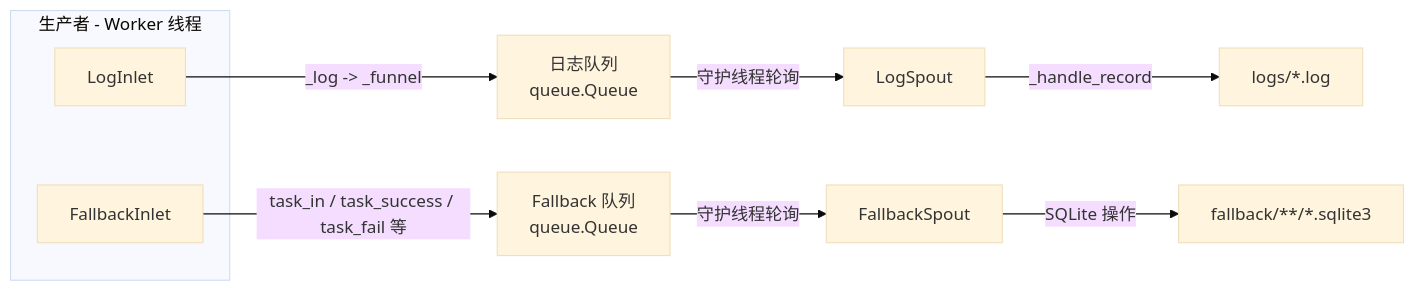
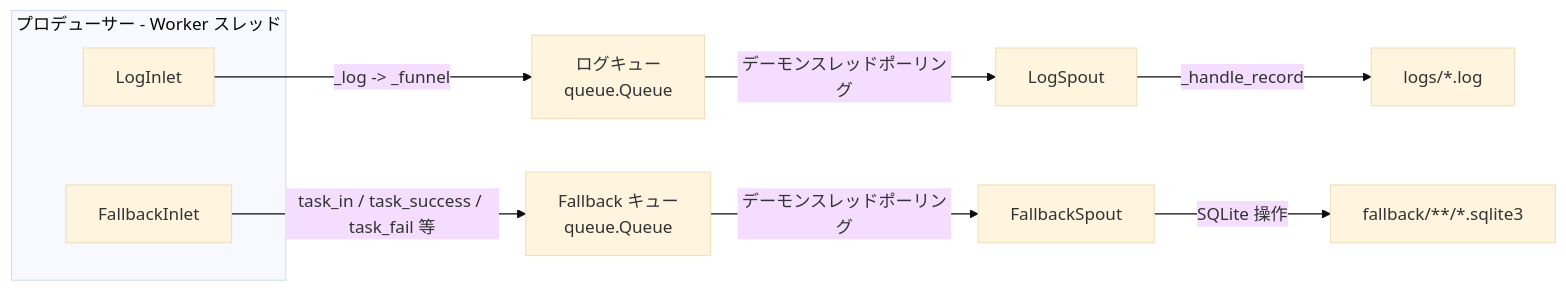
Before and after one commit to Mr-xiaotian/CelestialFlow: the diagram in docs/ja/src/persistence/__init__.md, drawn with Mermaid (base theme). The commit also changed other lines of this file and 156 other files, not shown here.

````diff
--- a/docs/ja/src/persistence/__init__.md
+++ b/docs/ja/src/persistence/__init__.md
@@ -71,16 +69,16 @@
 ```mermaid
 flowchart LR
-    subgraph Producer[生产者 - Worker 线程]
+    subgraph Producer[プロデューサー - Worker スレッド]
         LogInlet[LogInlet]
         FallbackInlet[FallbackInlet]
     end
 
-    LogInlet -->|_log -> _funnel| LogQueue[日志队列<br/>queue.Queue]
-    FallbackInlet -->|task_in / task_success / task_fail 等| FallbackQueue[Fallback 队列<br/>queue.Queue]
+    LogInlet -->|_log -> _funnel| LogQueue[ログキュー<br/>queue.Queue]
+    FallbackInlet -->|task_in / task_success / task_fail 等| FallbackQueue[Fallback キュー<br/>queue.Queue]
 
-    LogQueue -->|守护线程轮询| LogSpout[LogSpout]
-    FallbackQueue -->|守护线程轮询| FallbackSpout[FallbackSpout]
+    LogQueue -->|デーモンスレッドポーリング| LogSpout[LogSpout]
+    FallbackQueue -->|デーモンスレッドポーリング| FallbackSpout[FallbackSpout]
 
     LogSpout -->|_handle_record| LogFile[logs/*.log]
     FallbackSpout -->|SQLite 操作| SQLiteFile[fallback/**/*.sqlite3]
 ```
````
